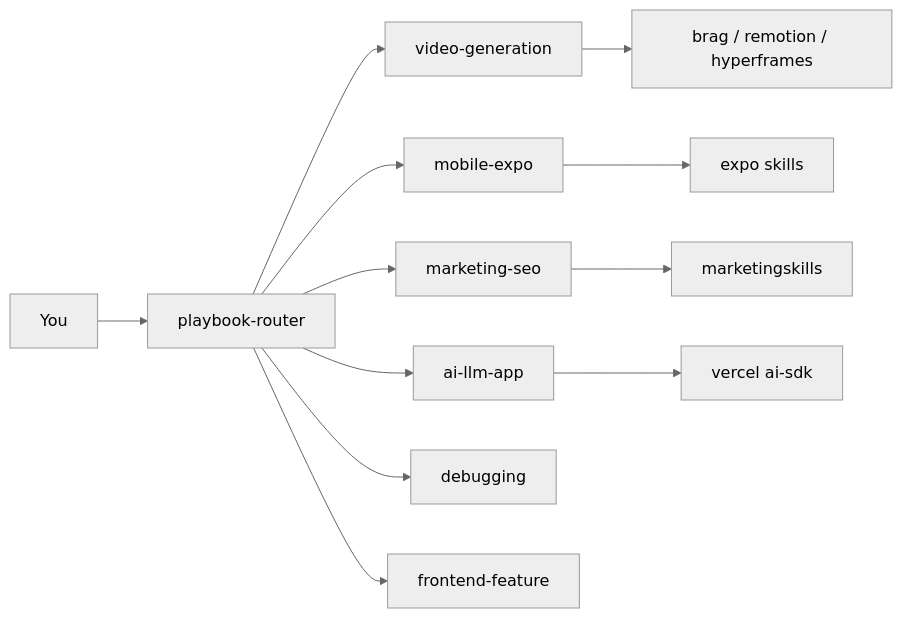
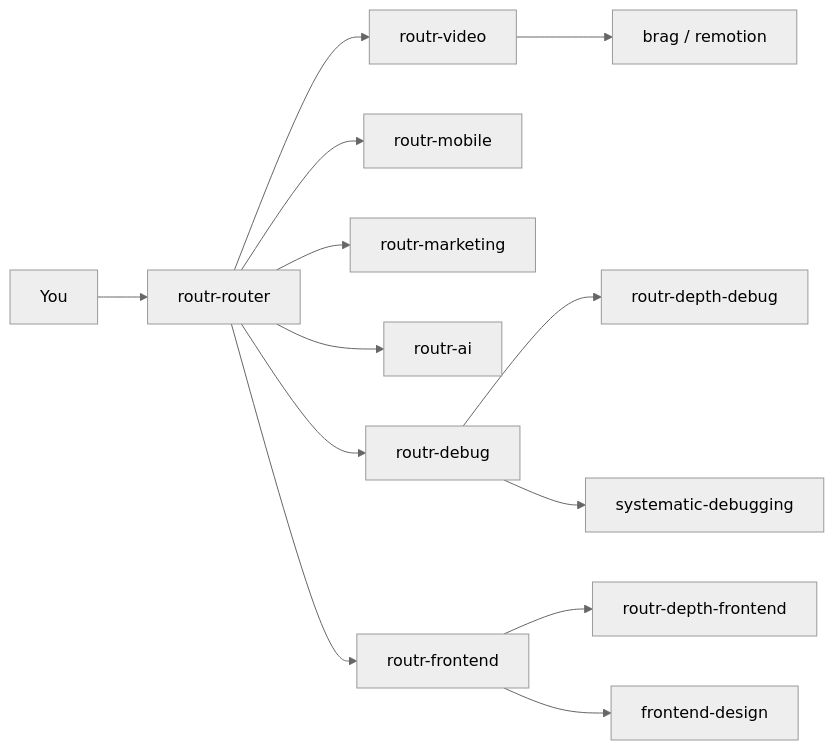
One commit to TeckTinkerere/agent-skill-routers changed the diagram in README.md. Above: the diagram before and after it, drawn with Mermaid (neutral theme). The commit also changed other lines of this file and 90 other files, not shown here.

First line of the commit message:
ROUTR v2: routr-* naming, depth fallbacks, and skill registry

````diff
--- a/README.md
+++ b/README.md
@@ -200,14 +179,15 @@
 ```mermaid
 flowchart LR
-    U[You] --> R[playbook-router]
-    R --> V[video-generation]
-    R --> M[mobile-expo]
-    R --> K[marketing-seo]
-    R --> A[ai-llm-app]
-    R --> D[debugging]
-    R --> F[frontend-feature]
-    V --> S4[brag / remotion / hyperframes]
-    M --> S1[expo skills]
-    K --> S2[marketingskills]
-    A --> S3[vercel ai-sdk]
+    U[You] --> R[routr-router]
+    R --> V[routr-video]
+    R --> M[routr-mobile]
+    R --> K[routr-marketing]
+    R --> A[routr-ai]
+    R --> D[routr-debug]
+    R --> F[routr-frontend]
+    D --> FD[routr-depth-debug]
+    F --> FF[routr-depth-frontend]
+    V --> S4[brag / remotion]
+    D --> S1[systematic-debugging]
+    F --> S2[frontend-design]
 ```
````
